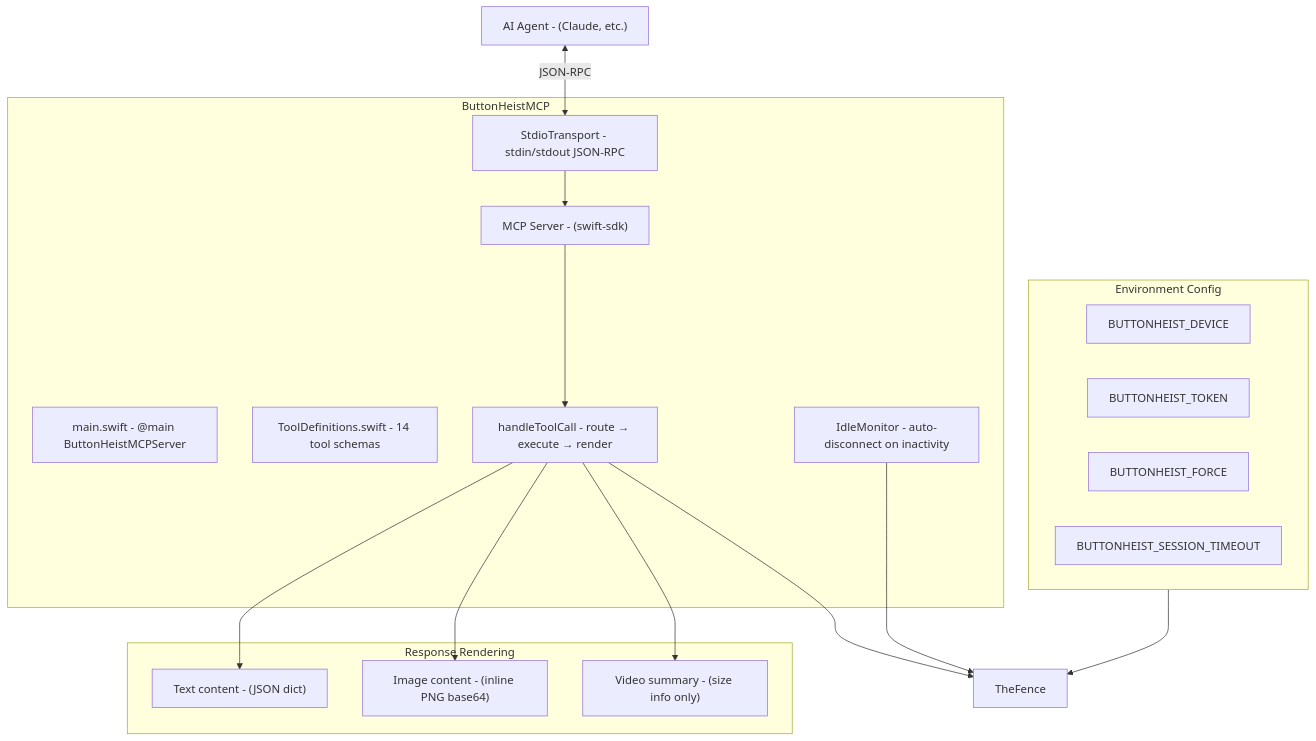
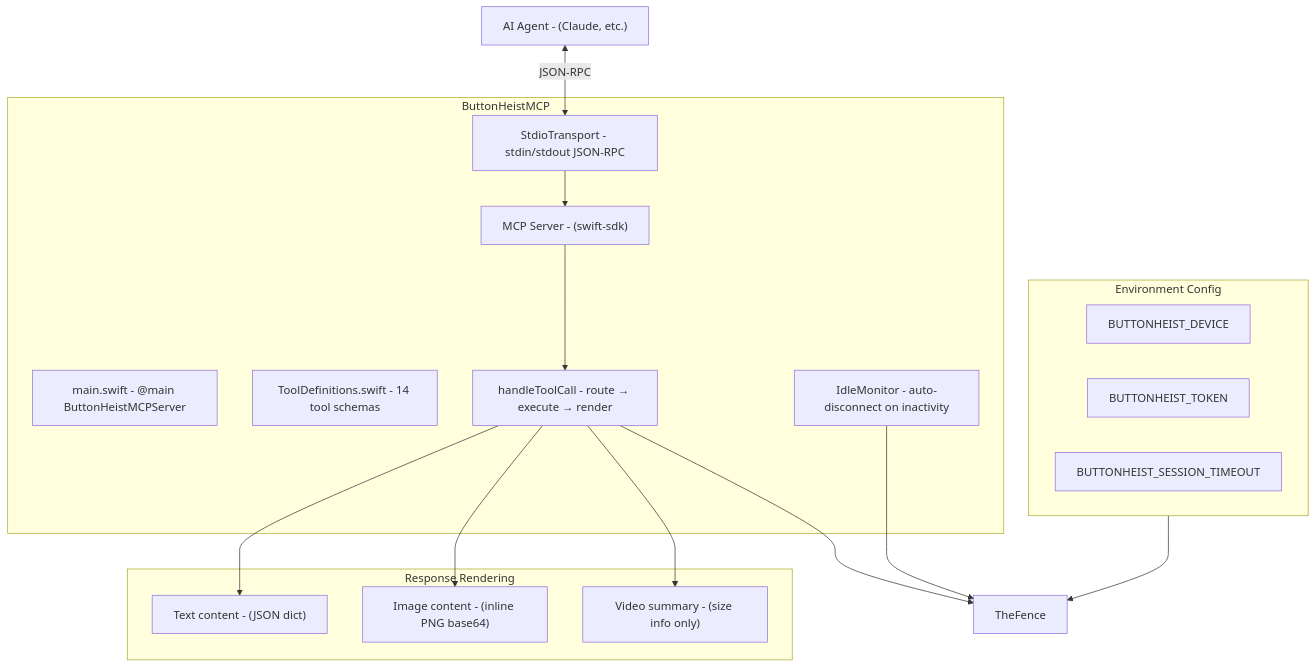
Before and after one commit to RoyalPineapple/TheButtonHeist: the first of 3 diagrams in docs/dossiers/12-MCP.md, drawn with Mermaid. The commit also changed 9 other files, not shown here.

````diff
--- a/docs/dossiers/12-MCP.md
+++ b/docs/dossiers/12-MCP.md
@@ -20,35 +20,34 @@
 ```mermaid
 graph TD
     subgraph MCP["ButtonHeistMCP"]
         Main["main.swift - @main ButtonHeistMCPServer"]
         Server["MCP Server - (swift-sdk)"]
         Transport["StdioTransport - stdin/stdout JSON-RPC"]
         ToolDef["ToolDefinitions.swift - 14 tool schemas"]
         Handler["handleToolCall - route → execute → render"]
         Idle["IdleMonitor - auto-disconnect on inactivity"]
     end
 
     subgraph Config["Environment Config"]
         Device["BUTTONHEIST_DEVICE"]
         Token["BUTTONHEIST_TOKEN"]
-        Force["BUTTONHEIST_FORCE"]
         Timeout["BUTTONHEIST_SESSION_TIMEOUT"]
     end
 
     subgraph Rendering["Response Rendering"]
         TextContent["Text content - (JSON dict)"]
         ImageContent["Image content - (inline PNG base64)"]
         VideoSummary["Video summary - (size info only)"]
     end
 
     AIAgent["AI Agent - (Claude, etc.)"] <-->|JSON-RPC| Transport
     Transport --> Server
     Server --> Handler
     Handler --> TheFence["TheFence"]
     Config --> TheFence
     Idle --> TheFence
 
     Handler --> TextContent
     Handler --> ImageContent
     Handler --> VideoSummary
 ```
````
